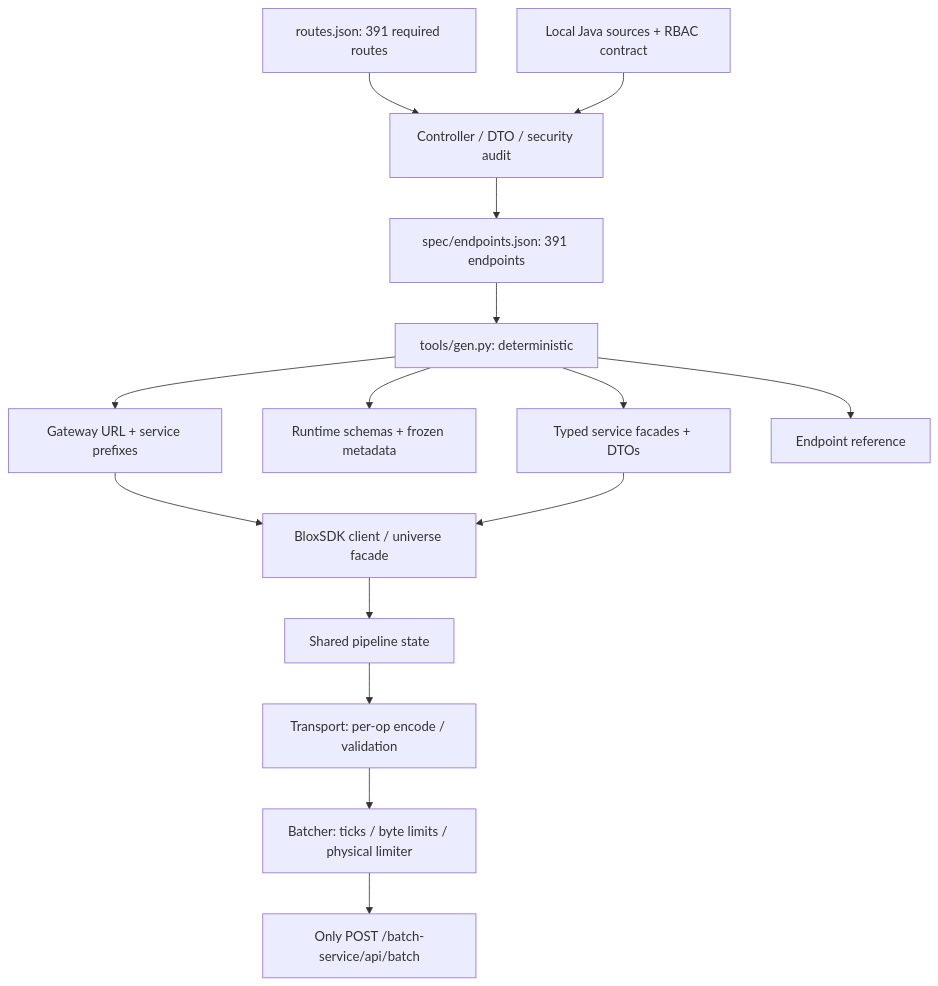
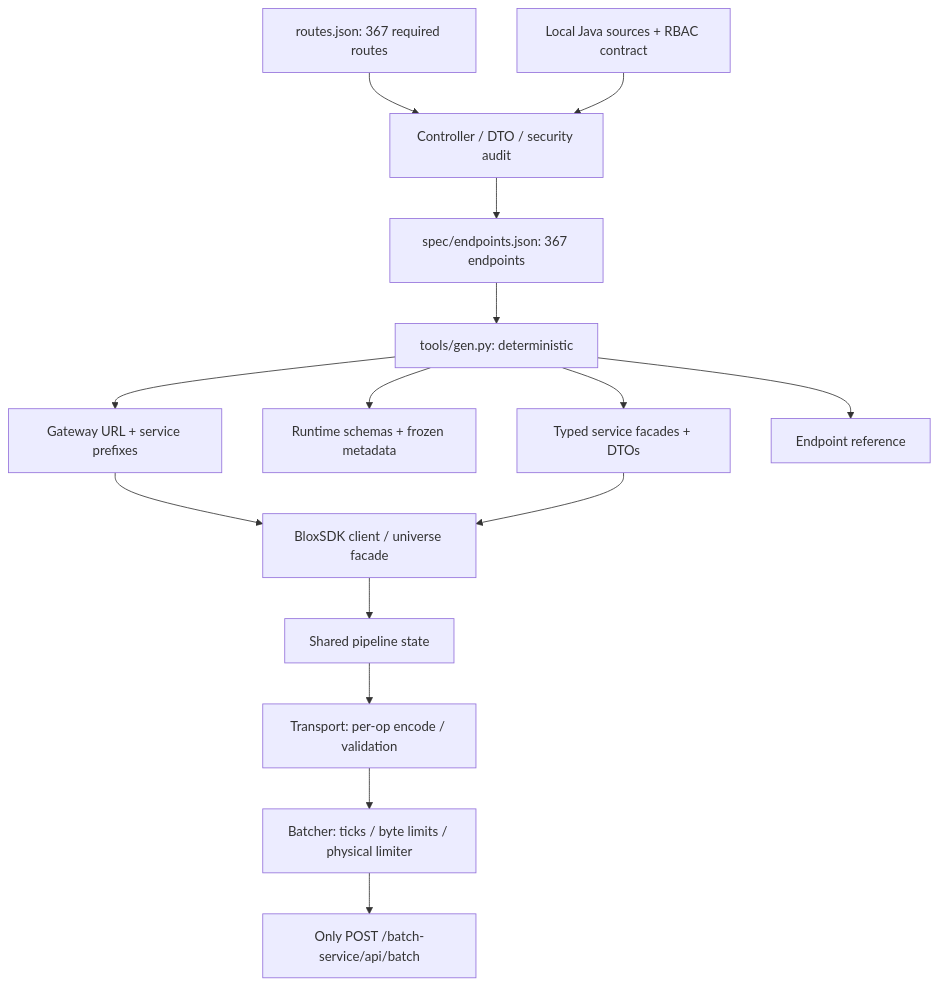
One commit to samjay22/blox-sdk changed the diagram in docs/ARCHITECTURE.md. Above: the diagram before and after it, drawn with Mermaid. The commit also changed 66 other files, not shown here.

````diff
--- a/docs/ARCHITECTURE.md
+++ b/docs/ARCHITECTURE.md
@@ -3,17 +3,17 @@
 ```mermaid
 flowchart TD
-  Routes[routes.json: 391 required routes] --> Audit[Controller / DTO / security audit]
+  Routes[routes.json: 367 required routes] --> Audit[Controller / DTO / security audit]
   Java[Local Java sources + RBAC contract] --> Audit
-  Audit --> Spec[spec/endpoints.json: 391 endpoints]
+  Audit --> Spec[spec/endpoints.json: 367 endpoints]
   Spec --> Generator[tools/gen.py: deterministic]
   Generator --> Services[Typed service facades + DTOs]
   Generator --> Schemas[Runtime schemas + frozen metadata]
   Generator --> Routing[Gateway URL + service prefixes]
   Routing --> Client
   Generator --> Reference[Endpoint reference]
   Services --> Client[BloxSDK client / universe facade]
   Client --> Pipeline[Shared pipeline state]
   Pipeline --> Transport[Transport: per-op encode / validation]
   Transport --> Batcher[Batcher: ticks / byte limits / physical limiter]
   Batcher --> Backend[Only POST /batch-service/api/batch]
 ```
````
